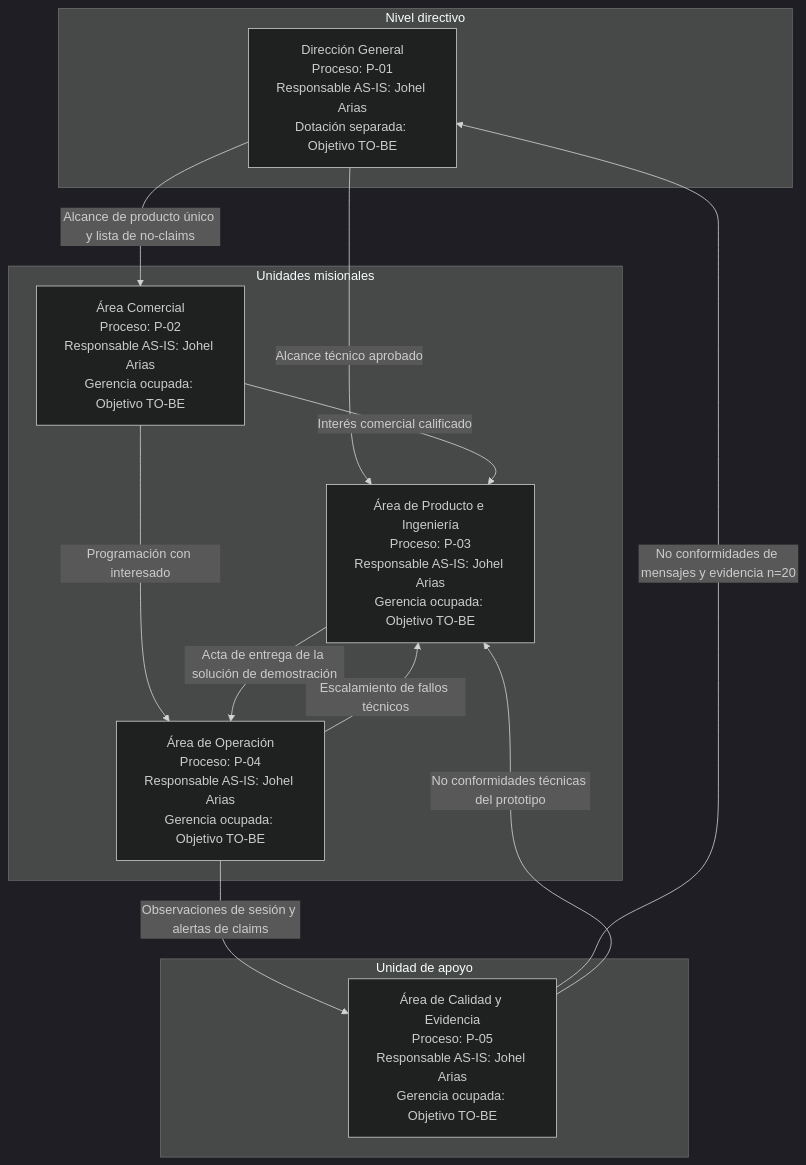
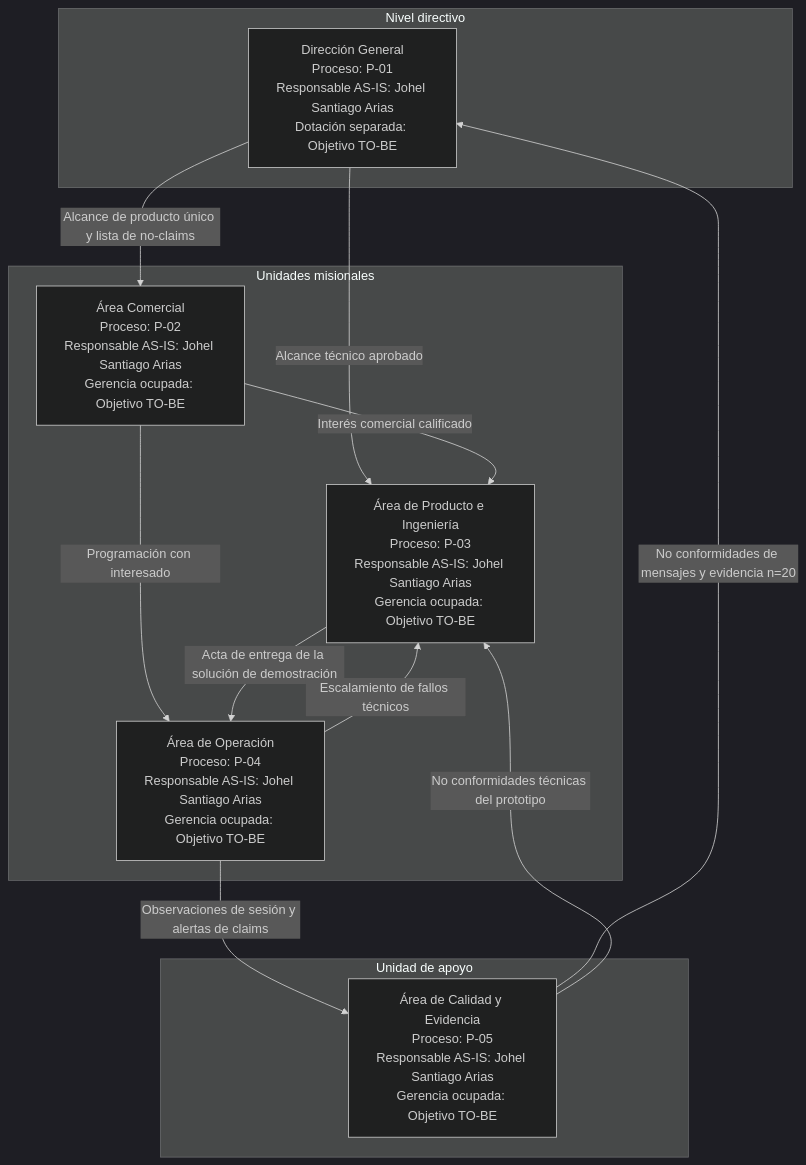
The diagram in docs/ae-final-project/ondas/M1-negocio/complementos/imagenes/mmd/cons-2.mmd (5arSanti/tro-launcher), drawn with Mermaid (dark theme) before and after one commit. The commit also changed 43 other files, not shown here.

```diff
--- a/docs/ae-final-project/ondas/M1-negocio/complementos/imagenes/mmd/cons-2.mmd
+++ b/docs/ae-final-project/ondas/M1-negocio/complementos/imagenes/mmd/cons-2.mmd
@@ -1,21 +1,21 @@
 flowchart TB
     subgraph DIR["Nivel directivo"]
-        A1["Dirección General<br/>Proceso: P-01<br/>Responsable AS-IS: Johel Arias<br/>Dotación separada: Objetivo TO-BE"]
+        A1["Dirección General<br/>Proceso: P-01<br/>Responsable AS-IS: Johel Santiago Arias<br/>Dotación separada: Objetivo TO-BE"]
     end
     subgraph MIS["Unidades misionales"]
-        A2["Área Comercial<br/>Proceso: P-02<br/>Responsable AS-IS: Johel Arias<br/>Gerencia ocupada: Objetivo TO-BE"]
-        A3["Área de Producto e Ingeniería<br/>Proceso: P-03<br/>Responsable AS-IS: Johel Arias<br/>Gerencia ocupada: Objetivo TO-BE"]
-        A4["Área de Operación<br/>Proceso: P-04<br/>Responsable AS-IS: Johel Arias<br/>Gerencia ocupada: Objetivo TO-BE"]
+        A2["Área Comercial<br/>Proceso: P-02<br/>Responsable AS-IS: Johel Santiago Arias<br/>Gerencia ocupada: Objetivo TO-BE"]
+        A3["Área de Producto e Ingeniería<br/>Proceso: P-03<br/>Responsable AS-IS: Johel Santiago Arias<br/>Gerencia ocupada: Objetivo TO-BE"]
+        A4["Área de Operación<br/>Proceso: P-04<br/>Responsable AS-IS: Johel Santiago Arias<br/>Gerencia ocupada: Objetivo TO-BE"]
     end
     subgraph APO["Unidad de apoyo"]
-        A5["Área de Calidad y Evidencia<br/>Proceso: P-05<br/>Responsable AS-IS: Johel Arias<br/>Gerencia ocupada: Objetivo TO-BE"]
+        A5["Área de Calidad y Evidencia<br/>Proceso: P-05<br/>Responsable AS-IS: Johel Santiago Arias<br/>Gerencia ocupada: Objetivo TO-BE"]
     end
     A1 -->|"Alcance de producto único y lista de no-claims"| A2
     A1 -->|"Alcance técnico aprobado"| A3
     A2 -->|"Interés comercial calificado"| A3
     A2 -->|"Programación con interesado"| A4
     A3 -->|"Acta de entrega de la solución de demostración"| A4
     A4 -->|"Escalamiento de fallos técnicos"| A3
     A4 -->|"Observaciones de sesión y alertas de claims"| A5
     A5 -->|"No conformidades de mensajes y evidencia n=20"| A1
     A5 -->|"No conformidades técnicas del prototipo"| A3
```
